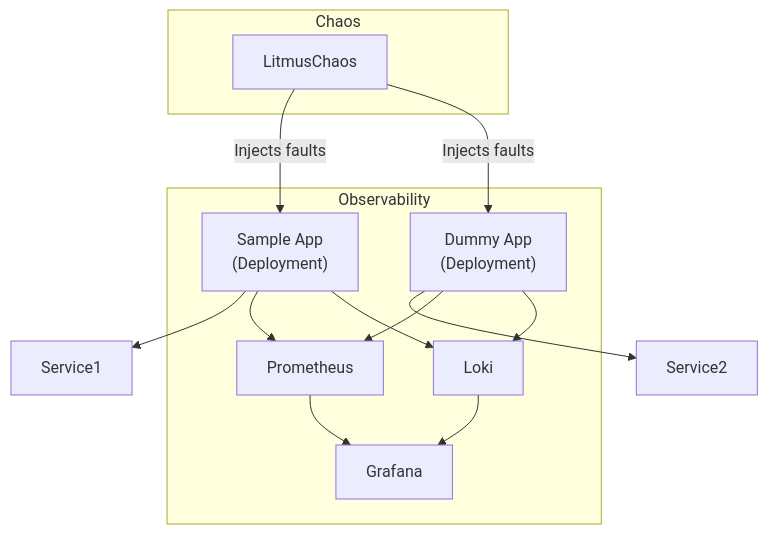
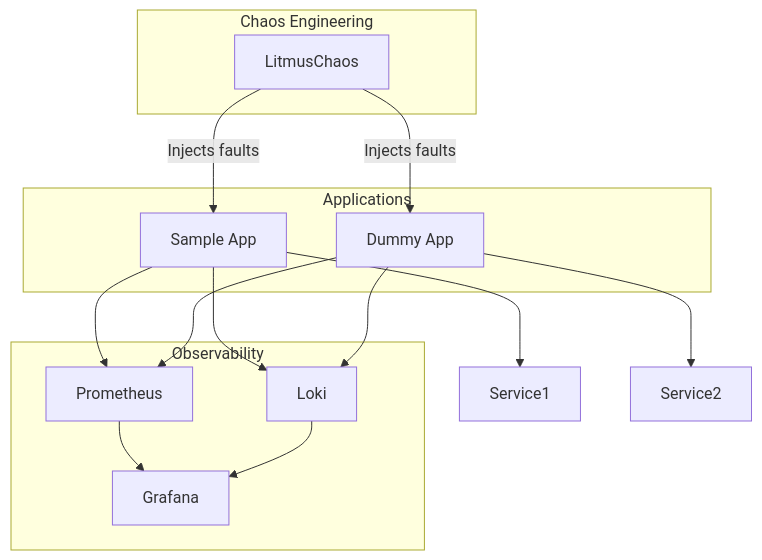
The diagram in README.md (hexhaust/01-chaos-engineering-lab), drawn with Mermaid before and after one commit.

Commit message:
trying another mermaid graph

````diff
--- a/README.md
+++ b/README.md
@@ -42,22 +42,35 @@
 ```mermaid
 graph TD
-  App1["Sample App\n(Deployment)"] --> Service1
-  App2["Dummy App\n(Deployment)"] --> Service2
 
+  %% Apps
+  subgraph Applications
+    App1["Sample App"]
+    App2["Dummy App"]
+  end
+
+  %% Services
+  App1 --> Service1
+  App2 --> Service2
+
+  %% Observability
   subgraph Observability
+    Prometheus
+    Loki
+    Grafana
+
+    App1 --> Prometheus
+    App2 --> Prometheus
+    App1 --> Loki
+    App2 --> Loki
     Prometheus --> Grafana
     Loki --> Grafana
-    App1 --> Prometheus
-    App2 --> Prometheus
-    App2 --> Loki
-    App1 --> Loki
   end
 
-  subgraph Chaos
-    LitmusChaos
+  %% Chaos Engineering
+  subgraph Chaos Engineering
+    Litmus["LitmusChaos"]
   end
 
-  LitmusChaos -->|Injects faults| App1
-  LitmusChaos -->|Injects faults| App2
-
+  Litmus -->|Injects faults| App1
+  Litmus -->|Injects faults| App2
 ```
````
